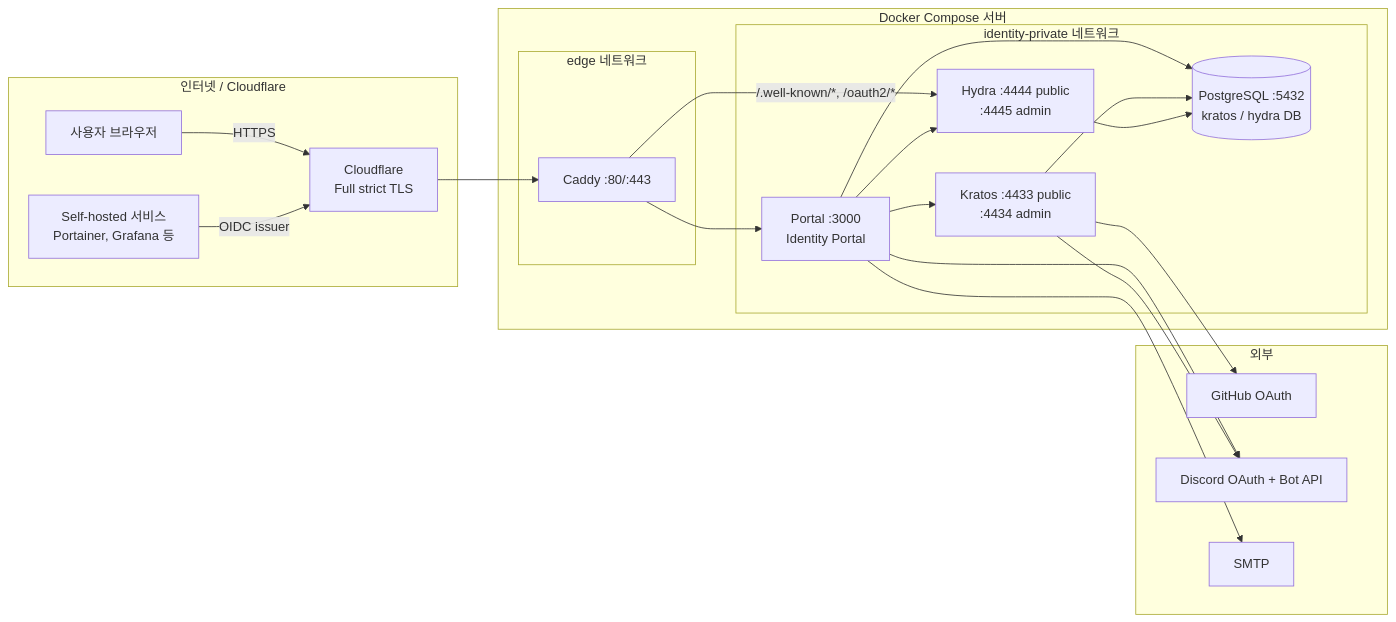
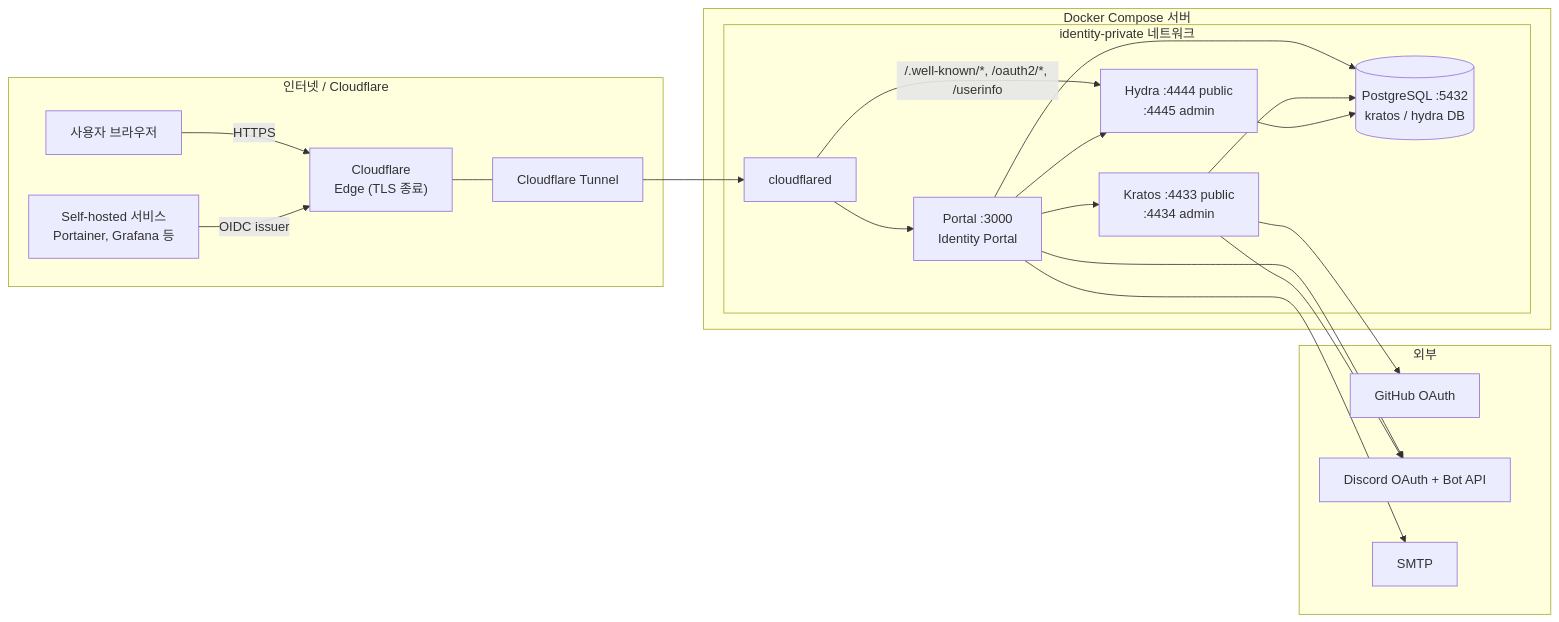
Before and after one commit to InfiniteTeam/auth: the first of 4 diagrams in README.md, drawn with Mermaid. The commit also changed other lines of this file and 10 other files, not shown here.

First line of the commit message:
refactor: replace Caddy with Cloudflare Tunnel

````diff
--- a/README.md
+++ b/README.md
@@ -7,41 +7,41 @@
 ```mermaid
 flowchart LR
     subgraph Public[인터넷 / Cloudflare]
         U[사용자 브라우저]
         S[Self-hosted 서비스<br/>Portainer, Grafana 등]
-        CF["Cloudflare<br/>Full strict TLS"]
+        CF["Cloudflare<br/>Edge (TLS 종료)"]
+        TU["Cloudflare Tunnel"]
     end
 
     subgraph Server[Docker Compose 서버]
-        subgraph Edge[edge 네트워크]
-            C[Caddy :80/:443]
-        end
-
         subgraph Priv[identity-private 네트워크]
+            T[cloudflared]
             P[Portal :3000<br/>Identity Portal]
             K[Kratos :4433 public<br/>:4434 admin]
             H[Hydra :4444 public<br/>:4445 admin]
             DB[(PostgreSQL :5432<br/>kratos / hydra DB)]
         end
     end
 
     subgraph Ext[외부]
         GH[GitHub OAuth]
         DC[Discord OAuth + Bot API]
         SMTP[SMTP]
     end
 
-    U -->|HTTPS| CF --> C
+    U -->|HTTPS| CF
     S -->|OIDC issuer| CF
-    C --> P
-    C -->|"/.well-known/*, /oauth2/*"| H
+    CF --- TU
+    TU --> T
+    T --> P
+    T -->|"/.well-known/*, /oauth2/*, /userinfo"| H
     P --> K
     P --> H
     P --> DB
     K --> DB
     H --> DB
     P --> DC
     K --> GH
     K --> DC
     P --> SMTP
 ```
````
